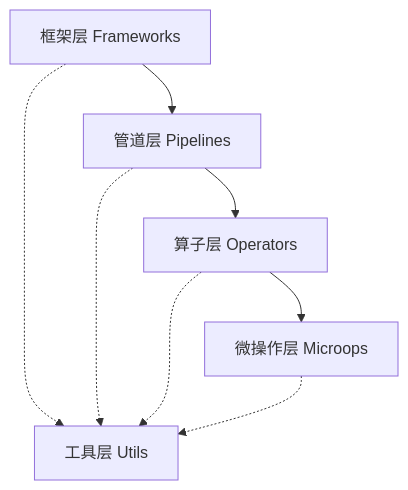
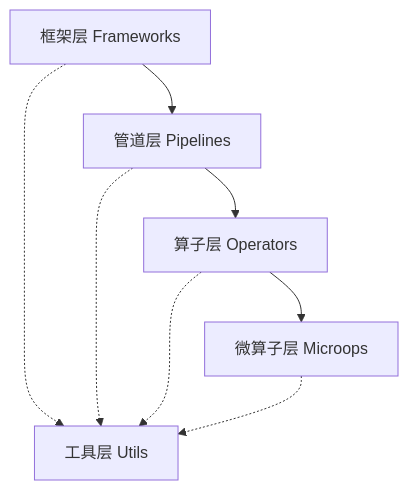
The diagram in docs/index.md (rookie-littleblack/XpertCorpus), drawn with Mermaid before and after one commit. The commit also changed other lines of this file and 28 other files, not shown here.

````diff
--- a/docs/index.md
+++ b/docs/index.md
@@ -20,11 +20,11 @@
 ```mermaid
 graph TB
     A[框架层 Frameworks] --> B[管道层 Pipelines]
     B --> C[算子层 Operators]
-    C --> D[微操作层 Microops]
+    C --> D[微算子层 Microops]
     
     A -.-> E[工具层 Utils]
     B -.-> E
     C -.-> E
     D -.-> E
 ```
````
